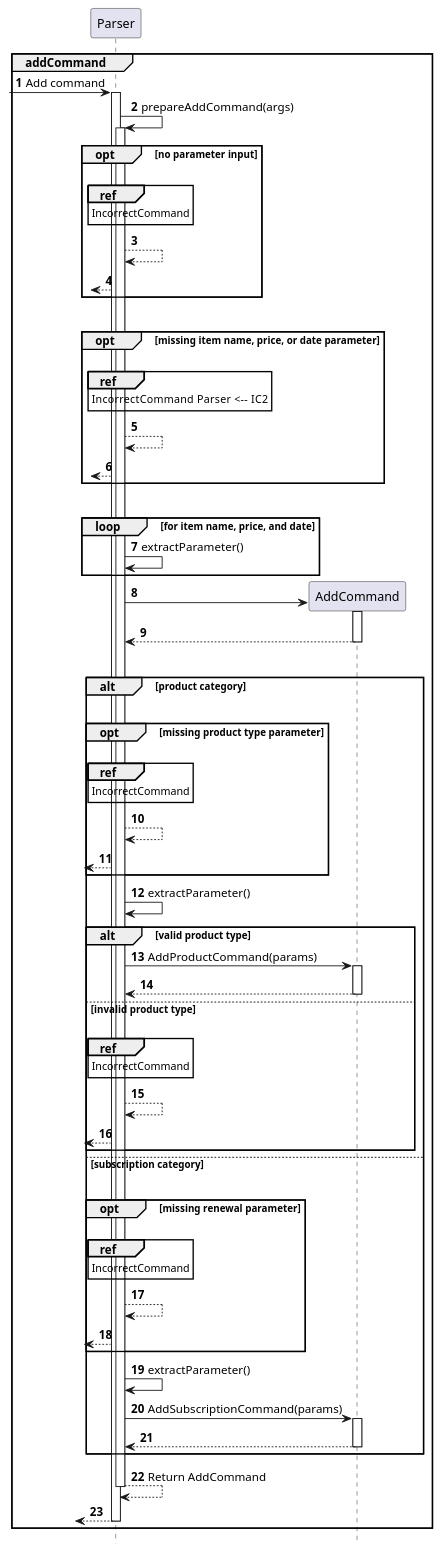
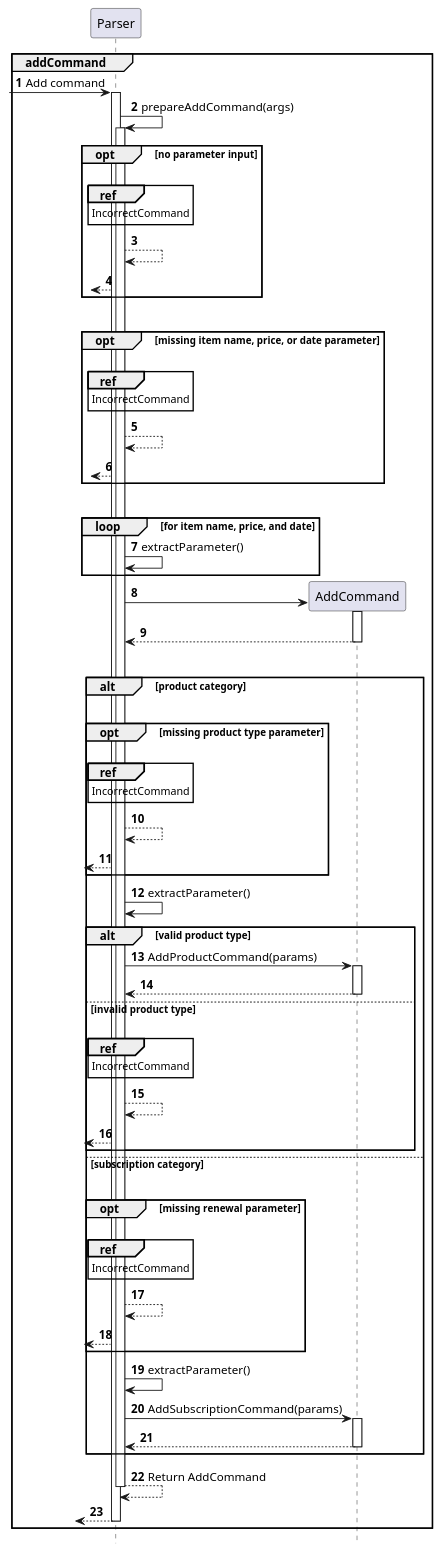
Before and after one commit to nus-cs2113-AY2122S2/tp: the diagram in docs/sequenceDiagrams/addCommand.puml, drawn with PlantUML. The commit also changed 1 other file, not shown here.

Commit message:
Alter addCommand sequence diagram

```diff
--- a/docs/sequenceDiagrams/addCommand.puml
+++ b/docs/sequenceDiagrams/addCommand.puml
@@ -1,83 +1,83 @@
 @startuml
 'https://plantuml.com/sequence-diagram
 
 hide footbox
 autonumber
 group addCommand
 ?-> Parser: Add command
 Activate Parser
 Parser -> Parser: prepareAddCommand(args)
 Activate Parser
 
 opt no parameter input
     |||
     ref over Parser: IncorrectCommand
     Parser --> Parser
     ?<-- Parser
 end
 
 |||
 activate Parser
 opt missing item name, price, or date parameter
     |||
-    ref over Parser: IncorrectCommand    Parser <-- IC2
+    ref over Parser: IncorrectCommand
     Parser --> Parser
     ?<-- Parser
 end
 
 |||
 loop for item name, price, and date
     Parser -> Parser: extractParameter()
 end
 
 Parser -> AddCommand **
 Activate AddCommand
 Parser <-- AddCommand
 Deactivate AddCommand
 |||
 alt product category
     |||
     opt missing product type parameter
         |||
         ref over Parser: IncorrectCommand
         Parser --> Parser
         ?<-- Parser
     end
 
     Parser -> Parser: extractParameter()
 
     alt valid product type
         Parser -> AddCommand: AddProductCommand(params)
         Activate AddCommand
         Parser <-- AddCommand
         Deactivate AddCommand
     else invalid product type
         |||
         ref over Parser: IncorrectCommand
                 Parser --> Parser
                 ?<-- Parser
     end
 
 else subscription category
     |||
     opt missing renewal parameter
         |||
         ref over Parser: IncorrectCommand
         Parser --> Parser
         ?<-- Parser
     end
 
     Parser -> Parser: extractParameter()
 
     Parser -> AddCommand: AddSubscriptionCommand(params)
     Activate AddCommand
     Parser <-- AddCommand
     Deactivate AddCommand
 end
 
 Parser --> Parser: Return AddCommand
 Deactivate Parser
 ?<-- Parser
 Deactivate Parser
 end
 @enduml
```
